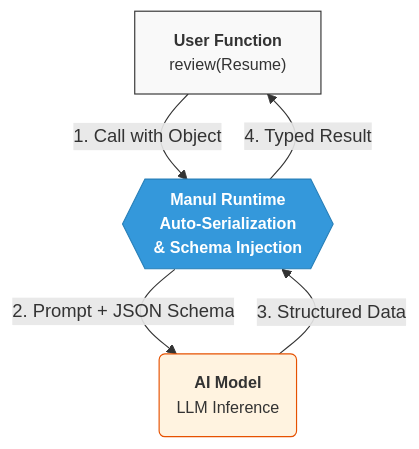
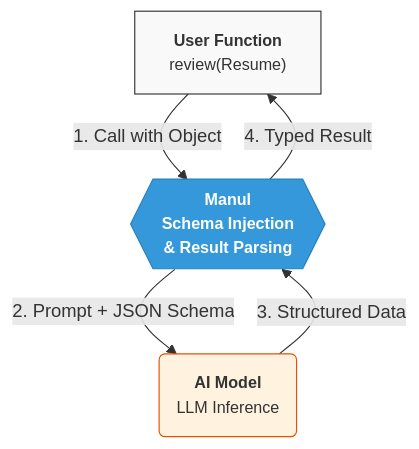
One commit to wizardleeen/manul-slides changed the fourth of 4 diagrams in slides.md. Above: the diagram before and after it, drawn with Mermaid. The commit also changed other lines of this file, not shown here.

Commit message:
chore: optimize diagrams

````diff
--- a/slides.md
+++ b/slides.md
@@ -351,20 +351,20 @@
 ```mermaid
 graph TD
     %% Nodes
     User["<b>User Function</b><br/>review(Resume)"]:::app
     
-    Manul{{"<b>Manul Runtime</b><br/>Auto-Serialization<br/>& Schema Injection"}}:::magic
+    Manul{{"<b>Manul</b><br/>Schema Injection<br/>& Result Parsing"}}:::magic
     
     Model("<b>AI Model</b><br/>LLM Inference"):::infra
 
     %% Edges
     User -- "1. Call with Object" --> Manul
     Manul -- "2. Prompt + JSON Schema" --> Model
     Model -- "3. Structured Data" --> Manul
     Manul -- "4. Typed Result" --> User
 
     %% Styling to match theme
     classDef app fill:#f9f9f9,stroke:#333,stroke-width:1px,font-size:14px,color:#333;
     classDef magic fill:#3498db,stroke:#2980b9,color:#fff,font-weight:bold,font-size:14px;
     classDef infra fill:#fff3e0,stroke:#e65100,font-size:14px,color:#333;
 ```
````
